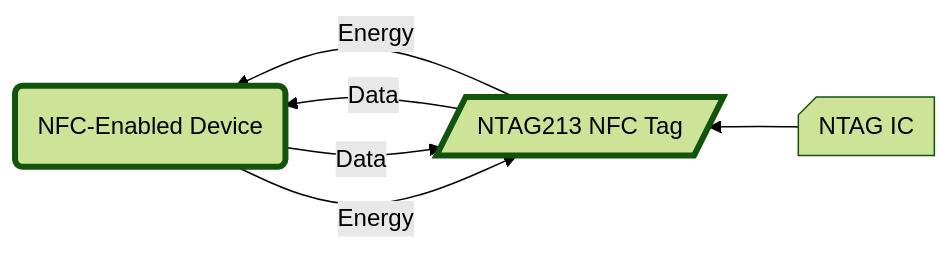
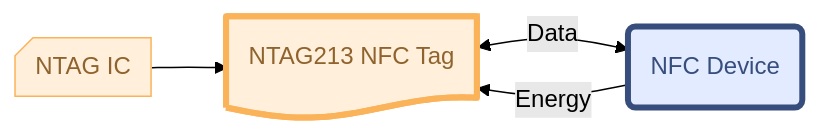
Before and after one commit to fscek/moj-zet-app-guide: the diagram in docs/index.md, drawn with Mermaid (forest theme). The commit also changed other lines of this file and 1 other file, not shown here.

Commit message:
[CHORE] - Update diagrams and diagram text

````diff
--- a/docs/index.md
+++ b/docs/index.md
@@ -212,15 +214,20 @@
 ```mermaid
-graph RL;
+graph LR;
     accTitle: Communication between NTAG213 NFC Tag and Device
     accDescr: Depicts the energy and data exchange between an NTAG213 NFC Tag and an NFC-enabled device
     NTAGIC["NTAG IC"] --> NTAG213["NTAG213 NFC Tag"]
-    NTAG213 -- Energy --> NFCDevice["NFC-Enabled Device"]
-    NFCDevice -- Data --> NTAG213
-    NFCDevice -- Energy --> NTAG213
-    NTAG213 -- Data --> NFCDevice
+    NFCDevice["NFC Device"] -- Energy --> NTAG213
+    NTAG213 <-- Data --> NFCDevice
+
     NTAGIC@{ shape: card}
-    NTAG213@{ shape: lean-r}
+    NTAG213@{ shape: document}
     NFCDevice@{ shape: rounded}
+     NTAGIC:::Peach
+     NTAG213:::Peach
+     NFCDevice:::Sky
+    classDef Sky stroke-width:1px, stroke-dasharray:none, stroke:#374D7C, fill:#E2EBFF, color:#374D7C
+    classDef Peach stroke-width:1px, stroke-dasharray:none, stroke:#FBB35A, fill:#FFEFDB, color:#8F632D
     style NTAG213 stroke-width:4px,stroke-dasharray: 0
     style NFCDevice stroke-width:4px,stroke-dasharray: 0
+    linkStyle 2 stroke:#000000
 ```
````
